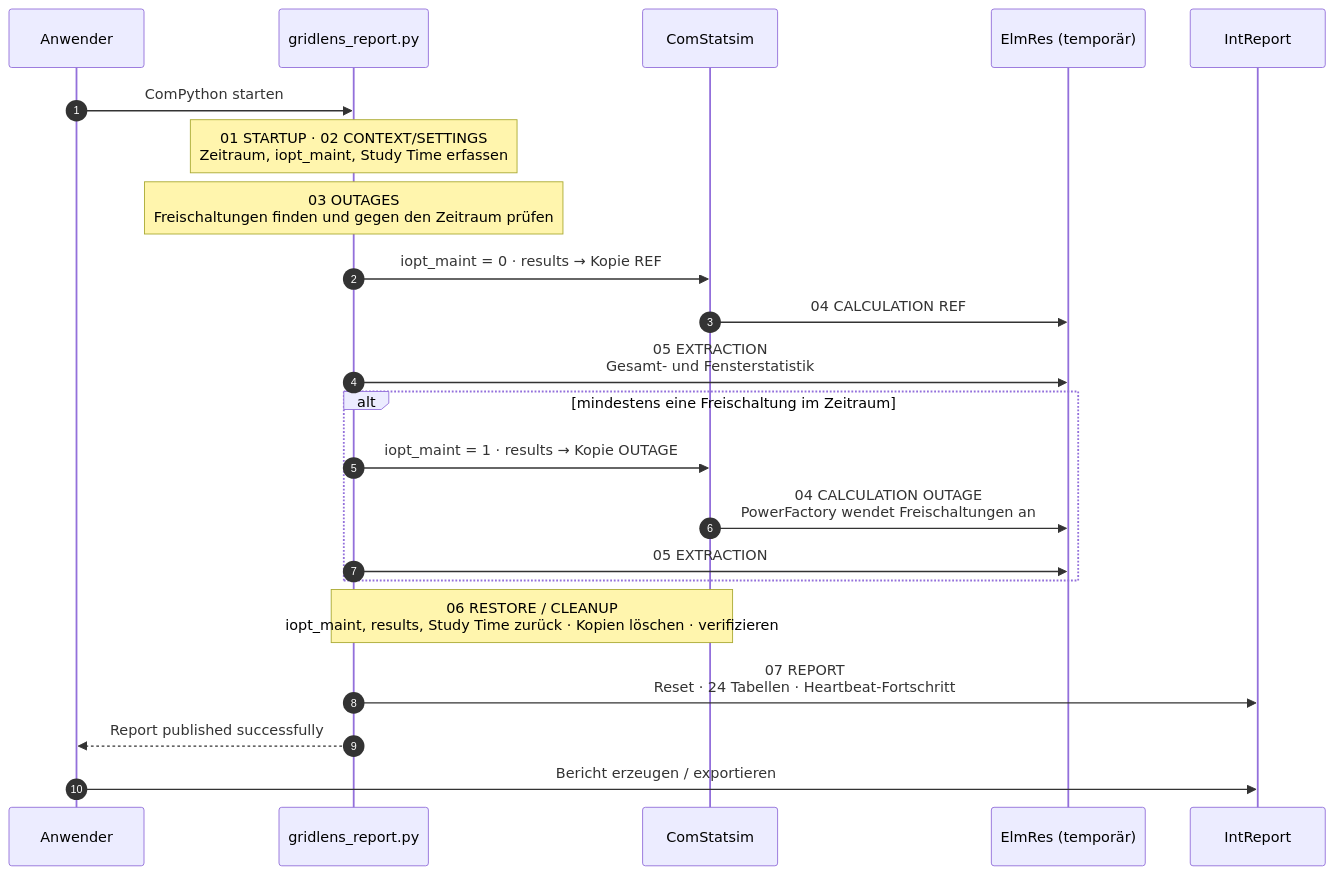
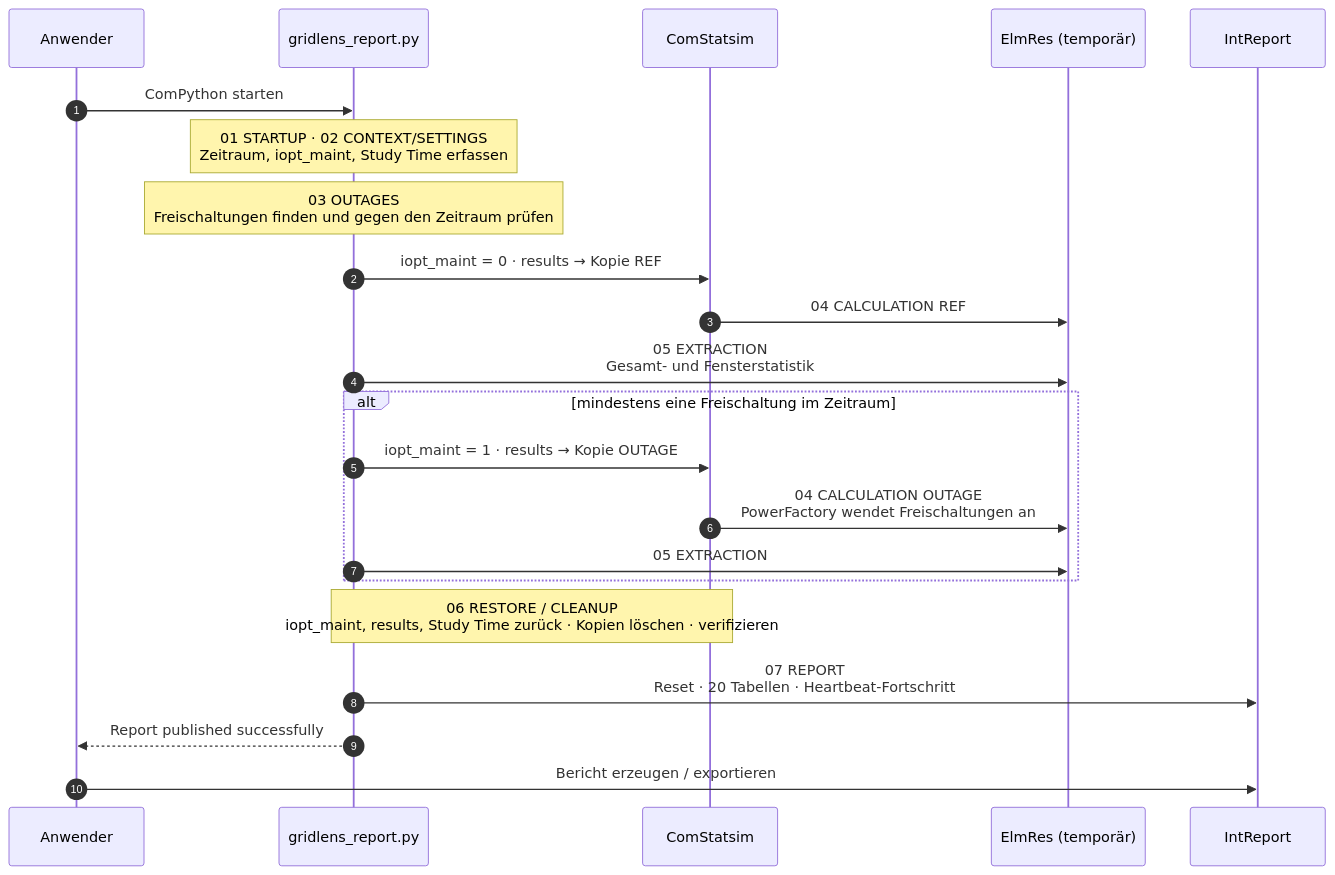
One commit to hadiibrahim-Engin/gridlens-powerfactory changed the second of 8 diagrams in BIG_PICTURE.md. Above: the diagram before and after it, drawn with Mermaid. The commit also changed other lines of this file and 7 other files, not shown here.

````diff
--- a/BIG_PICTURE.md
+++ b/BIG_PICTURE.md
@@ -72,28 +72,28 @@
 ```mermaid
 sequenceDiagram
     autonumber
     participant U as Anwender
     participant GL as gridlens_report.py
     participant Q as ComStatsim
     participant E as ElmRes (temporär)
     participant R as IntReport
 
     U->>GL: ComPython starten
     Note over GL: 01 STARTUP · 02 CONTEXT/SETTINGS<br/>Zeitraum, iopt_maint, Study Time erfassen
     Note over GL: 03 OUTAGES<br/>Freischaltungen finden und gegen den Zeitraum prüfen
 
     GL->>Q: iopt_maint = 0 · results → Kopie REF
     Q->>E: 04 CALCULATION REF
     GL->>E: 05 EXTRACTION<br/>Gesamt- und Fensterstatistik
 
     alt mindestens eine Freischaltung im Zeitraum
         GL->>Q: iopt_maint = 1 · results → Kopie OUTAGE
         Q->>E: 04 CALCULATION OUTAGE<br/>PowerFactory wendet Freischaltungen an
         GL->>E: 05 EXTRACTION
     end
 
     Note over GL,Q: 06 RESTORE / CLEANUP<br/>iopt_maint, results, Study Time zurück · Kopien löschen · verifizieren
-    GL->>R: 07 REPORT<br/>Reset · 24 Tabellen · Heartbeat-Fortschritt
+    GL->>R: 07 REPORT<br/>Reset · 20 Tabellen · Heartbeat-Fortschritt
     GL-->>U: Report published successfully
     U->>R: Bericht erzeugen / exportieren
 ```
````
